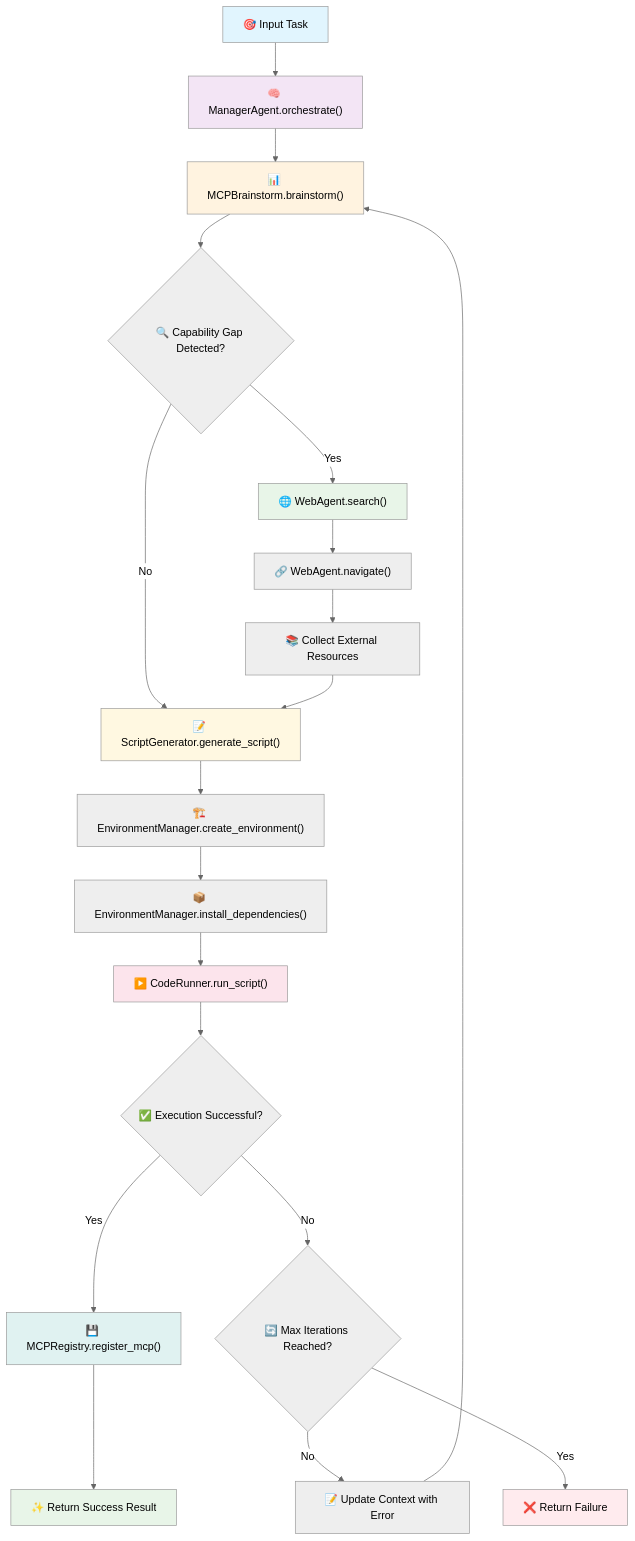
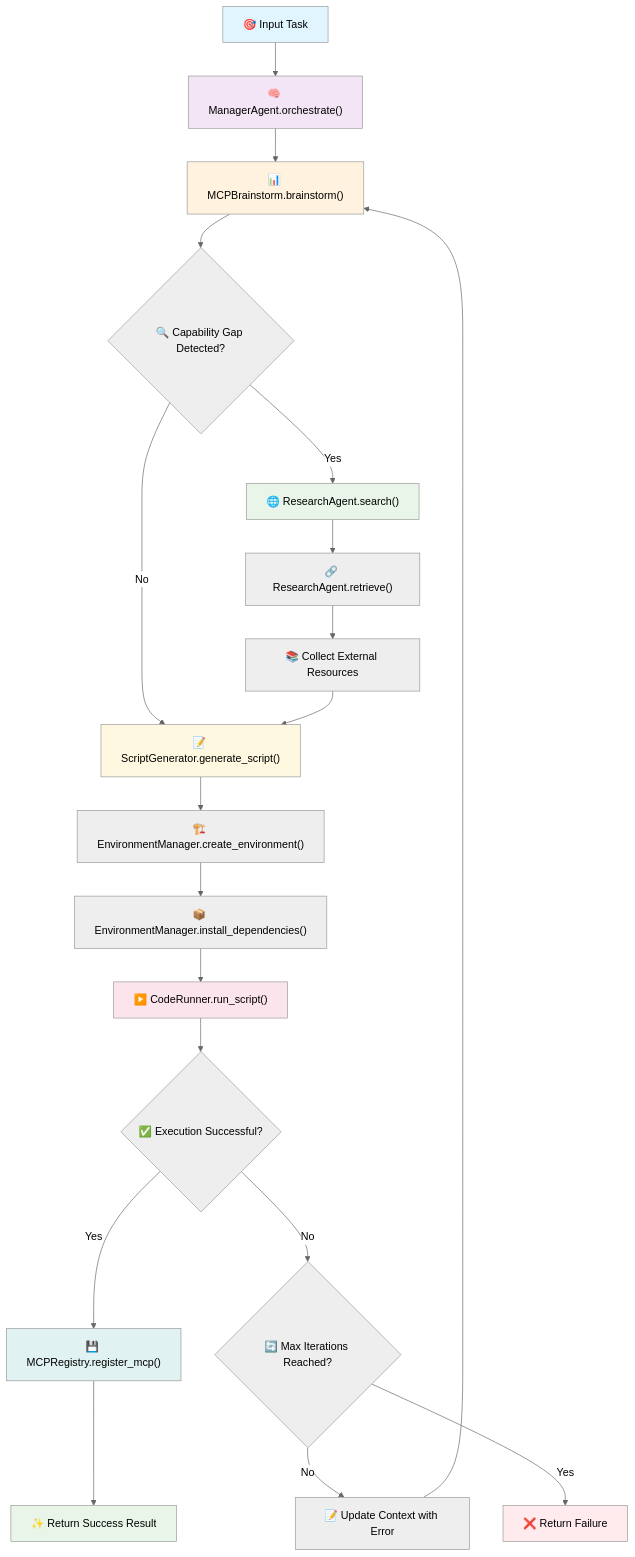
One commit to ababdotai/AlitaOpen changed the diagram in README.md. Above: the diagram before and after it, drawn with Mermaid (neutral theme). The commit also changed other lines of this file and 7 other files, not shown here.

Commit message:
feat: add research_agent to replace web_agent

````diff
--- a/README.md
+++ b/README.md
@@ -34,38 +34,38 @@
 ```mermaid
 flowchart TD
     A["🎯 Input Task"] --> B["🧠 ManagerAgent.orchestrate()"]
     B --> C["📊 MCPBrainstorm.brainstorm()"]
     C --> D{"🔍 Capability Gap Detected?"}
     
-    D -->|Yes| E["🌐 WebAgent.search()"]
+    D -->|Yes| E["🌐 ResearchAgent.search()"]
     D -->|No| F["📝 ScriptGenerator.generate_script()"]
     
-    E --> G["🔗 WebAgent.navigate()"]
+    E --> G["🔗 ResearchAgent.retrieve()"]
     G --> H["📚 Collect External Resources"]
     H --> F
     
     F --> I["🏗️ EnvironmentManager.create_environment()"]
     I --> J["📦 EnvironmentManager.install_dependencies()"]
     J --> K["▶️ CodeRunner.run_script()"]
     
     K --> L{"✅ Execution Successful?"}
     
     L -->|Yes| M["💾 MCPRegistry.register_mcp()"]
     L -->|No| N{"🔄 Max Iterations Reached?"}
     
     N -->|No| O["📝 Update Context with Error"]
     O --> C
     N -->|Yes| P["❌ Return Failure"]
     
     M --> Q["✨ Return Success Result"]
     
     style A fill:#e1f5fe
     style B fill:#f3e5f5
     style C fill:#fff3e0
     style E fill:#e8f5e8
     style F fill:#fff8e1
     style K fill:#fce4ec
     style M fill:#e0f2f1
     style Q fill:#e8f5e8
     style P fill:#ffebee
 ```
````
